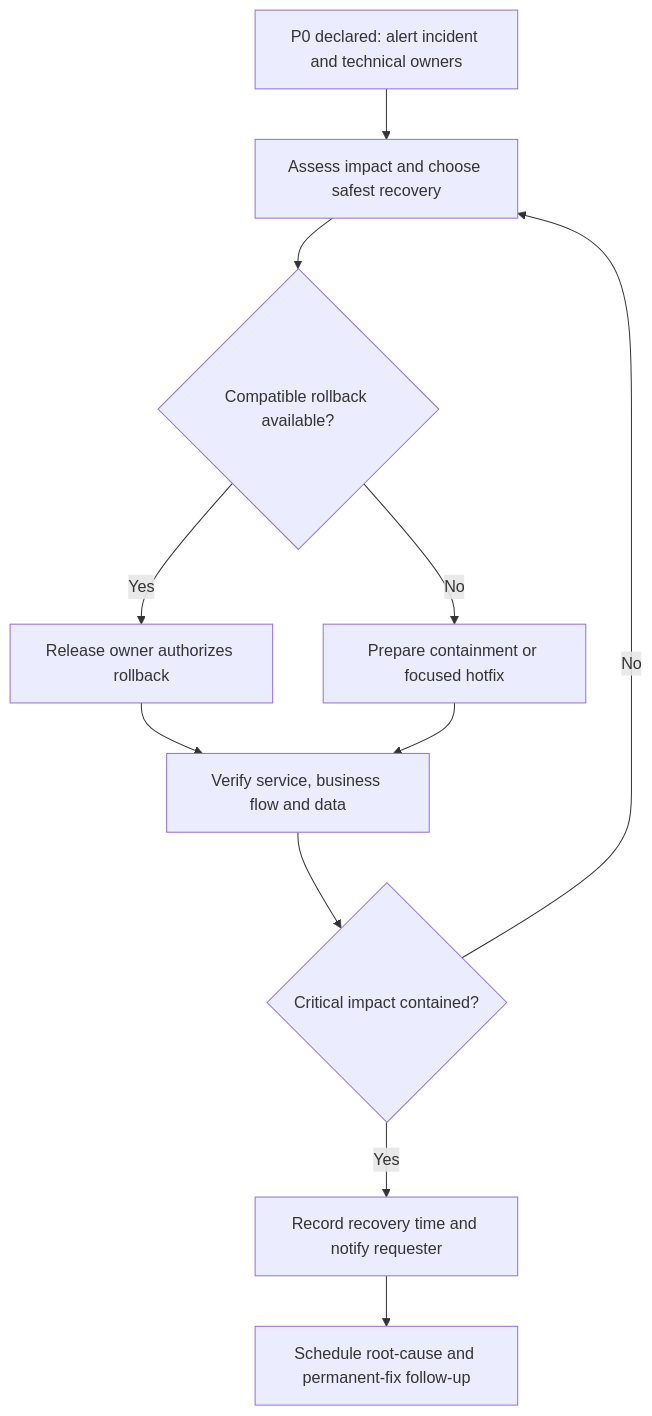
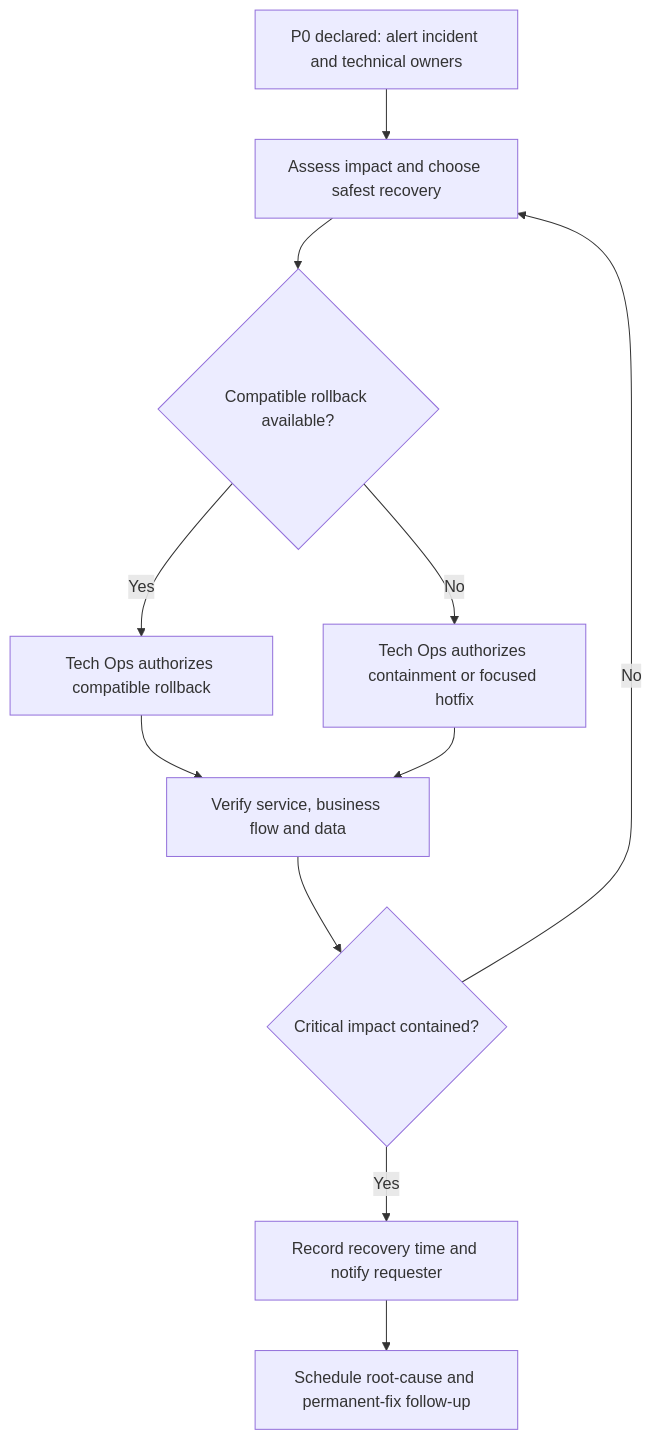
The second of 2 diagrams in support/cycle-and-sla.mdx (NextEdgelabs/nextedge-docs), drawn with Mermaid before and after one commit. The commit also changed other lines of this file and 16 other files, not shown here.

````diff
--- a/support/cycle-and-sla.mdx
+++ b/support/cycle-and-sla.mdx
@@ -65,13 +71,13 @@
 ```mermaid
 flowchart TB
   A["P0 declared: alert incident and technical owners"] --> B["Assess impact and choose safest recovery"]
   B --> C{"Compatible rollback available?"}
-  C -->|Yes| D["Release owner authorizes rollback"]
-  C -->|No| E["Prepare containment or focused hotfix"]
+  C -->|Yes| D["Tech Ops authorizes compatible rollback"]
+  C -->|No| E["Tech Ops authorizes containment or focused hotfix"]
   D --> F["Verify service, business flow and data"]
   E --> F
   F --> G{"Critical impact contained?"}
   G -->|No| B
   G -->|Yes| H["Record recovery time and notify requester"]
   H --> I["Schedule root-cause and permanent-fix follow-up"]
 ```
````
